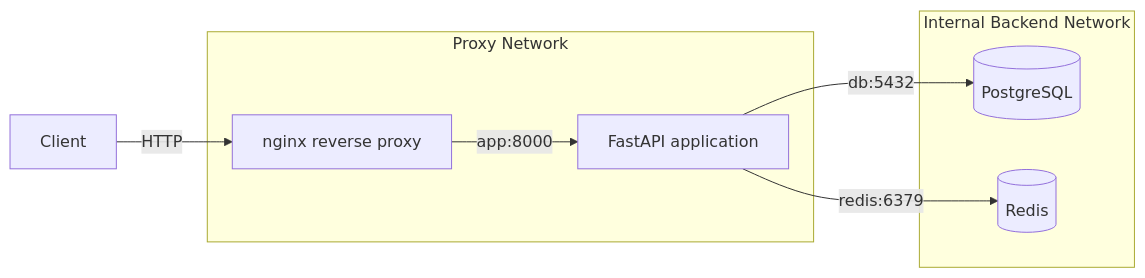
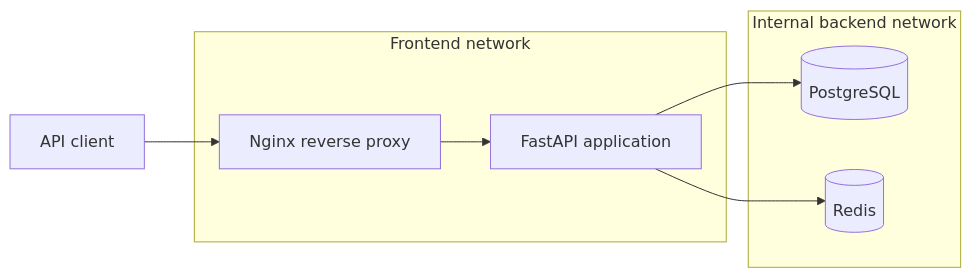
The diagram in README.md (aluetov/allsafe), drawn with Mermaid before and after one commit. The commit also changed other lines of this file and 1 other file, not shown here.

````diff
--- a/README.md
+++ b/README.md
@@ -48,13 +37,18 @@
 ```mermaid
 flowchart LR
-    Client[Client] -->|HTTP| Nginx[nginx reverse proxy]
+    Client[API client] --> Nginx[Nginx reverse proxy]
+    Nginx --> API[FastAPI application]
+    API --> DB[(PostgreSQL)]
+    API --> Redis[(Redis)]
 
-    subgraph ProxyNetwork[Proxy Network]
-        Nginx -->|app:8000| API[FastAPI application]
+    subgraph Frontend network
+        Nginx
+        API
     end
 
-    subgraph BackendNetwork[Internal Backend Network]
-        API -->|db:5432| DB[(PostgreSQL)]
-        API -->|redis:6379| Redis[(Redis)]
+    subgraph Internal backend network
+        API
+        DB
+        Redis
     end
 ```
````
